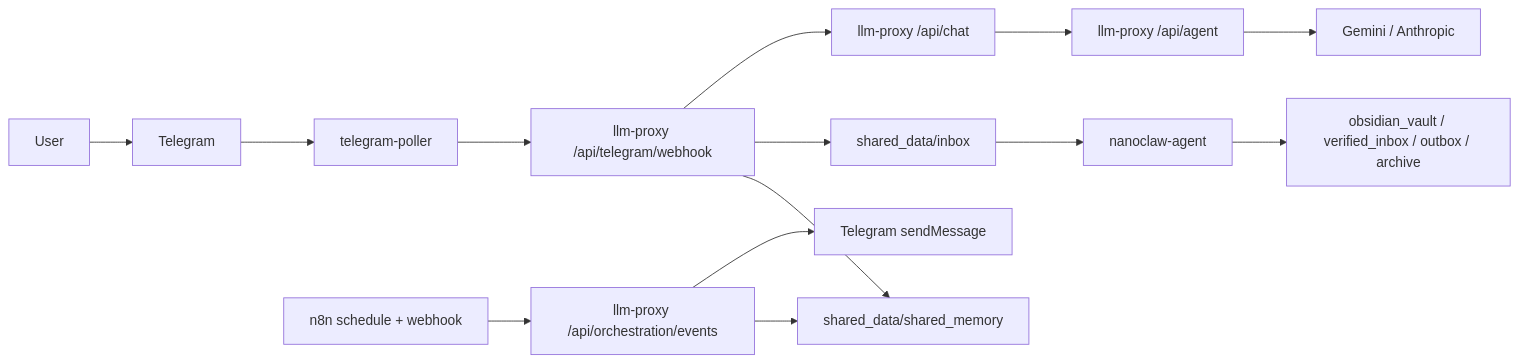
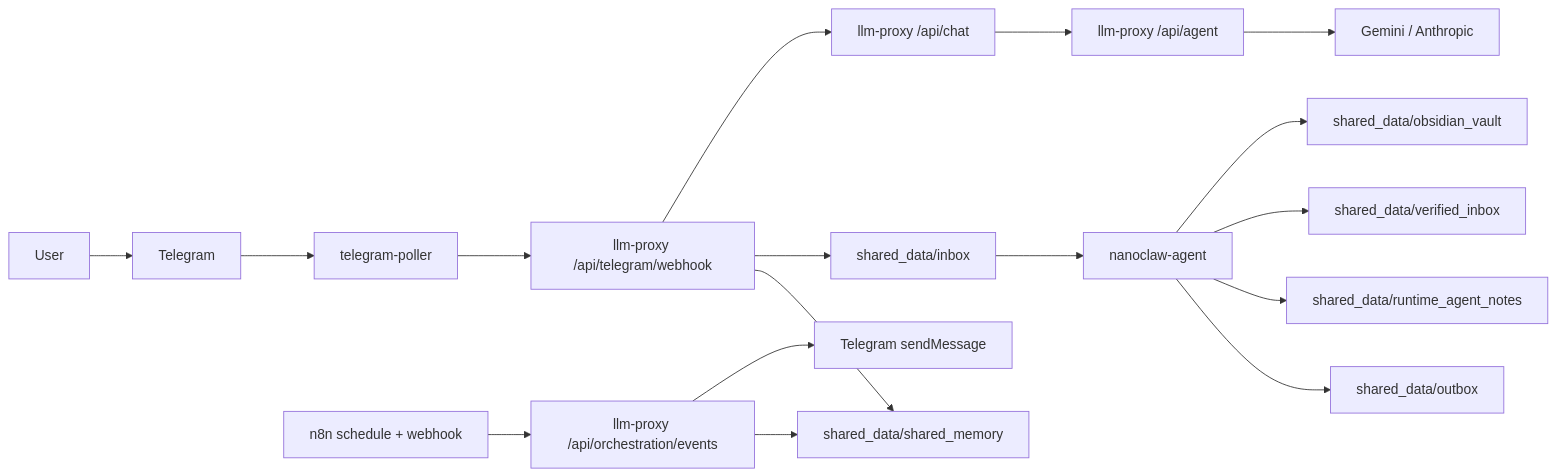
One commit to Merchantlee99/Personal-AI-agent-v2 changed the diagram in README.md. Above: the diagram before and after it, drawn with Mermaid. The commit also changed other lines of this file and 14 other files, not shown here.

Commit message:
refactor: separate clio user vault from runtime artifacts

````diff
--- a/README.md
+++ b/README.md
@@ -13,17 +14,20 @@
 ```mermaid
 flowchart LR
   U["User"] --> TG["Telegram"]
   TG --> TP["telegram-poller"]
   TP --> TGC["llm-proxy /api/telegram/webhook"]
   TGC --> CHAT["llm-proxy /api/chat"]
   CHAT --> PX["llm-proxy /api/agent"]
   PX --> LLM["Gemini / Anthropic"]
 
   N8N["n8n schedule + webhook"] --> ORCH["llm-proxy /api/orchestration/events"]
   ORCH --> TGAPI["Telegram sendMessage"]
   TGC --> INBOX["shared_data/inbox"]
   INBOX --> AG["nanoclaw-agent"]
-  AG --> ART["obsidian_vault / verified_inbox / outbox / archive"]
+  AG --> VAULT["shared_data/obsidian_vault"]
+  AG --> VERIFIED["shared_data/verified_inbox"]
+  AG --> RUNTIME["shared_data/runtime_agent_notes"]
+  AG --> OUTBOX["shared_data/outbox"]
   ORCH --> MEM["shared_data/shared_memory"]
   TGC --> MEM
 ```
````
